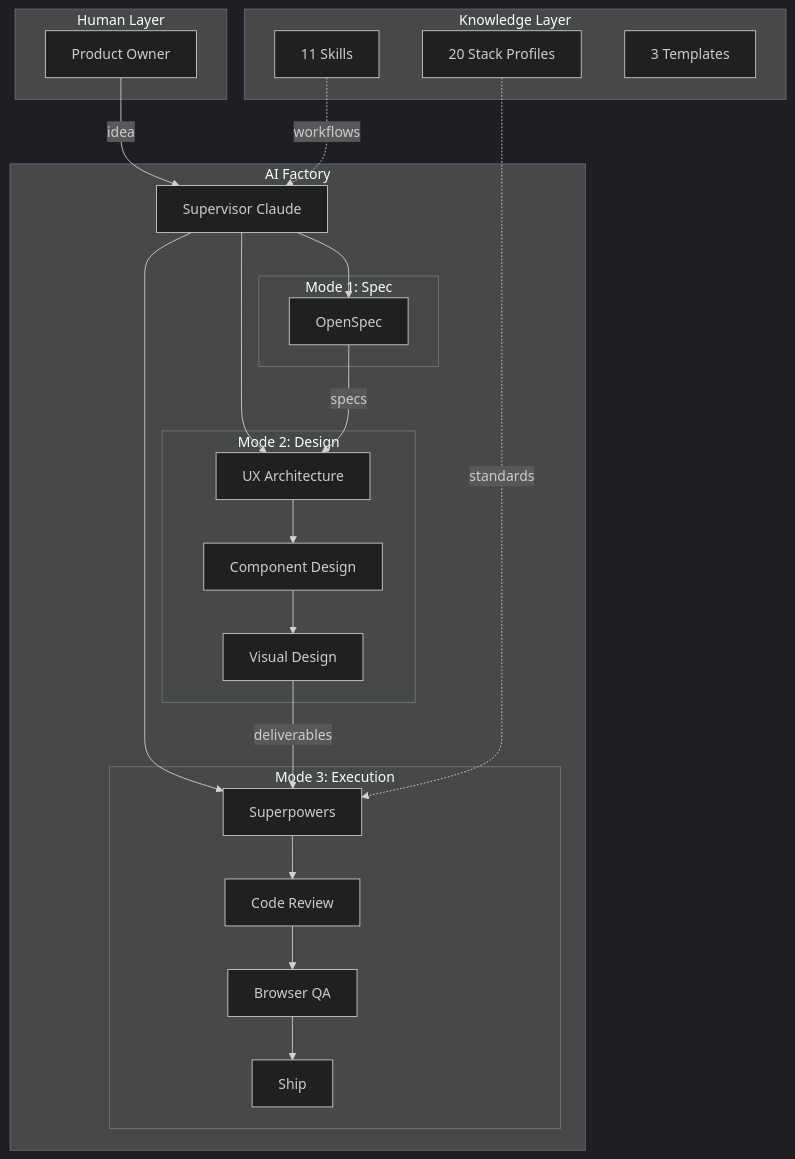
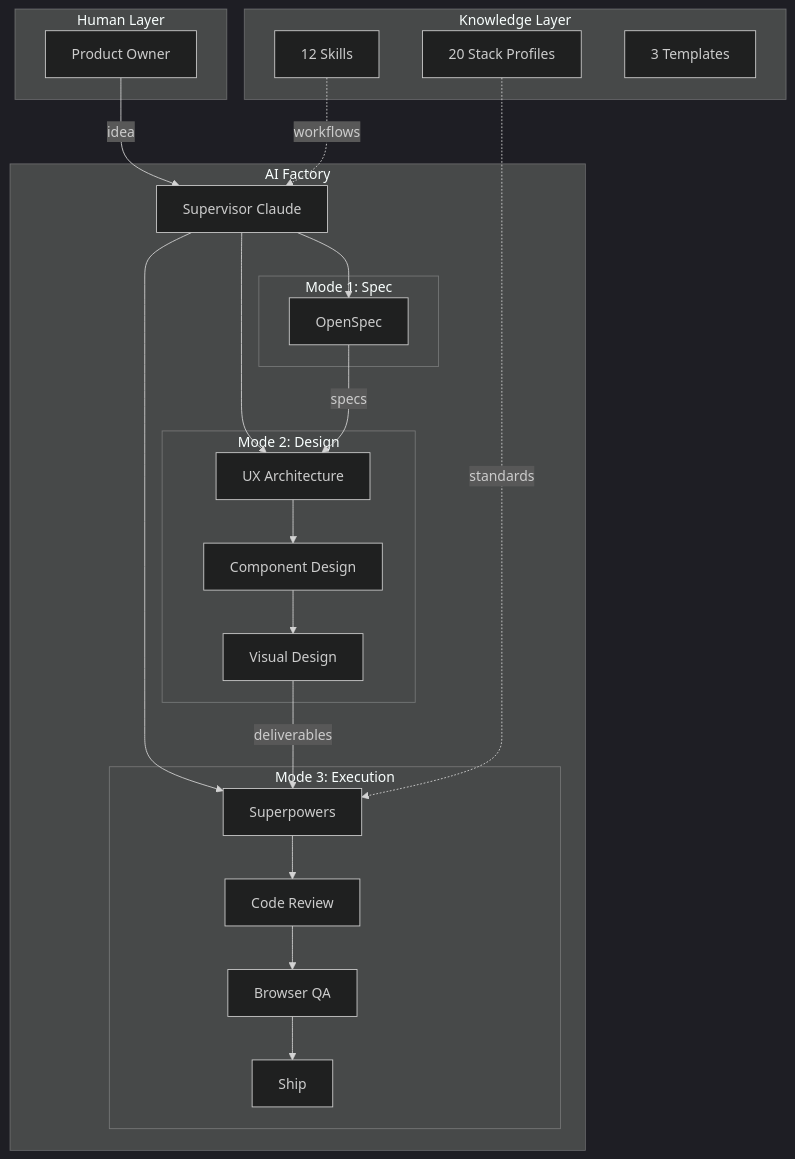
The third of 3 diagrams in README.md (gregario/AI-Factory), drawn with Mermaid (dark theme) before and after one commit. The commit also changed other lines of this file and 2 other files, not shown here.

````diff
--- a/README.md
+++ b/README.md
@@ -101,46 +103,46 @@
 ```mermaid
 graph TB
     subgraph "Human Layer"
         PO["Product Owner"]
     end
 
     subgraph "AI Factory"
         SUP["Supervisor Claude"]
 
         subgraph "Mode 1: Spec"
             OS["OpenSpec"]
         end
 
         subgraph "Mode 2: Design"
             UX["UX Architecture"]
             CD["Component Design"]
             VD["Visual Design"]
         end
 
         subgraph "Mode 3: Execution"
             SP["Superpowers"]
             CR["Code Review"]
             QA["Browser QA"]
             SH["Ship"]
         end
     end
 
     subgraph "Knowledge Layer"
         ST["20 Stack Profiles"]
-        SK["11 Skills"]
+        SK["12 Skills"]
         TM["3 Templates"]
     end
 
     PO -->|"idea"| SUP
     SUP --> OS
     SUP --> UX
     SUP --> SP
 
     OS -->|"specs"| UX
     UX --> CD --> VD
     VD -->|"deliverables"| SP
     SP --> CR --> QA --> SH
 
     ST -.->|"standards"| SP
     SK -.->|"workflows"| SUP
 ```
````
